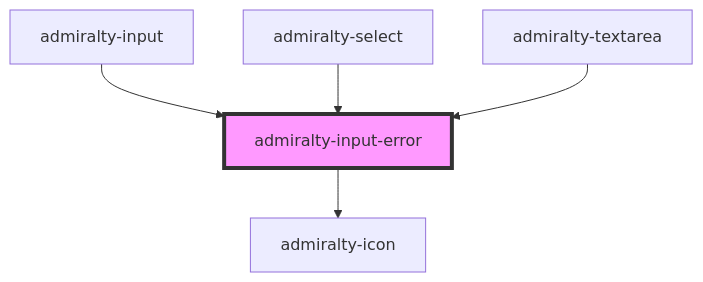
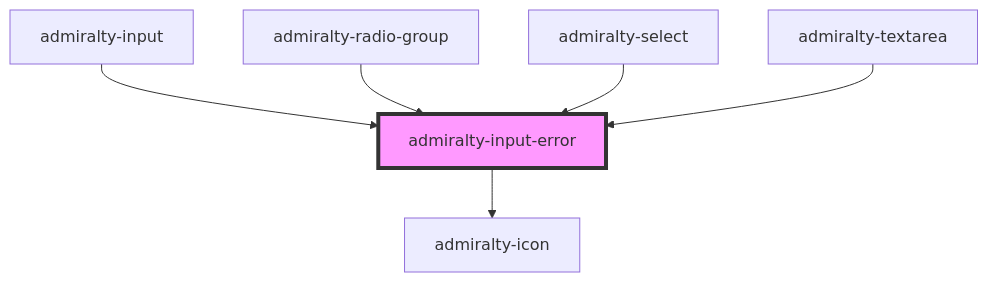
One commit to UKHO/admiralty-design-system changed the diagram in packages/core/src/components/input-error/readme.md. Above: the diagram before and after it, drawn with Mermaid. The commit also changed other lines of this file and 11 other files, not shown here.

Commit message:
Adding in invalid props to the radio group to allow validation messages to be added

````diff
--- a/packages/core/src/components/input-error/readme.md
+++ b/packages/core/src/components/input-error/readme.md
@@ -28,8 +29,9 @@
 ```mermaid
 graph TD;
   admiralty-input-error --> admiralty-icon
   admiralty-input --> admiralty-input-error
+  admiralty-radio-group --> admiralty-input-error
   admiralty-select --> admiralty-input-error
   admiralty-textarea --> admiralty-input-error
   style admiralty-input-error fill:#f9f,stroke:#333,stroke-width:4px
 ```
````
